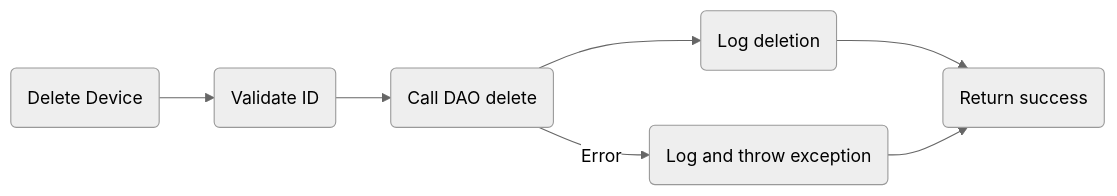
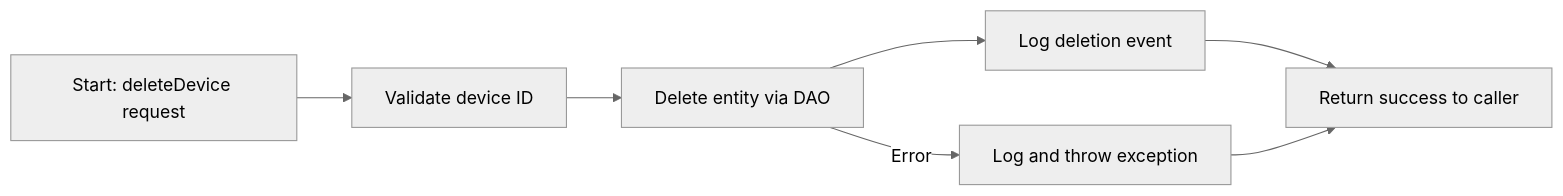
Before and after one commit to vx-daniel/tb-ai-docs: the third of 9 diagrams in spec/spec-backend-service-implementation.md, drawn with Mermaid (neutral theme). The commit also changed other lines of this file, not shown here.

````diff
--- a/spec/spec-backend-service-implementation.md
+++ b/spec/spec-backend-service-implementation.md
@@ -110,9 +101,9 @@
 ```mermaid
 flowchart LR
-    A(Delete Device) --> B(Validate ID)
-    B --> C(Call DAO delete)
-    C --> D(Log deletion)
-    D --> E(Return success)
-    C -- Error --> F(Log and throw exception)
-    F --> E
+    c1[Start: deleteDevice request] --> c2[Validate device ID]
+    c2 --> c3[Delete entity via DAO]
+    c3 --> c4[Log deletion event]
+    c4 --> c5[Return success to caller]
+    c3 -- Error --> c6[Log and throw exception]
+    c6 --> c5
 ```
````
